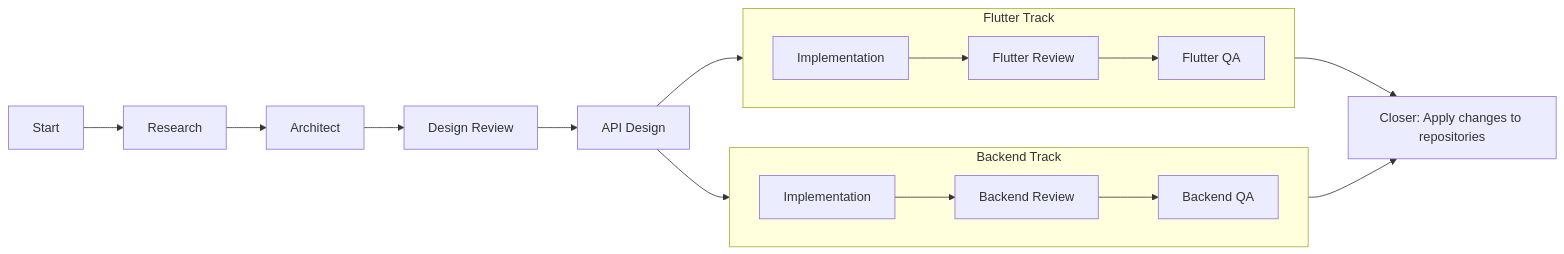
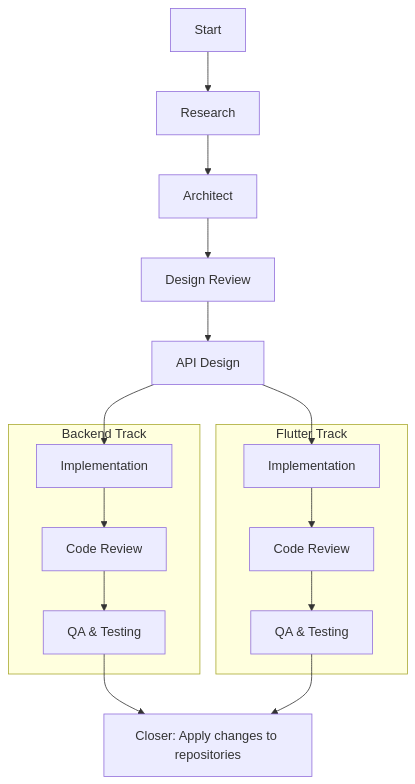
The diagram in README.md (atmohamedamer/agents), drawn with Mermaid before and after one commit. The commit also changed other lines of this file, not shown here.

````diff
--- a/README.md
+++ b/README.md
@@ -9,24 +9,30 @@
 ```mermaid
-flowchart LR
+graph TD
   %% Agentic SDLC — high-level flow
 
-  A[Start] --> B[Research] --> C[Architect] --> D[Design Review] --> E[API Design]
+  A[Start] --> B[Research]
+  B --> C[Architect]
+  C --> D[Design Review]
+  D --> E[API Design]
 
   %% Parallel tracks after API Design
   E --> G1
   E --> G2
 
   subgraph Backend Track
-    direction LR
-    G1[Implementation] --> H1[Backend Review] --> I1[Backend QA]
+    G1[Implementation]
+    H1[Code Review]
+    I1[QA & Testing]
+    G1 --> H1 --> I1
   end
 
   subgraph Flutter Track
-    direction LR
-    G2[Implementation] --> H2[Flutter Review] --> I2[Flutter QA]
+    G2[Implementation]
+    H2[Code Review]
+    I2[QA & Testing]
+    G2 --> H2 --> I2
   end
 
   I1 --> J[Closer: Apply changes to repositories]
   I2 --> J
-
 ```
````
